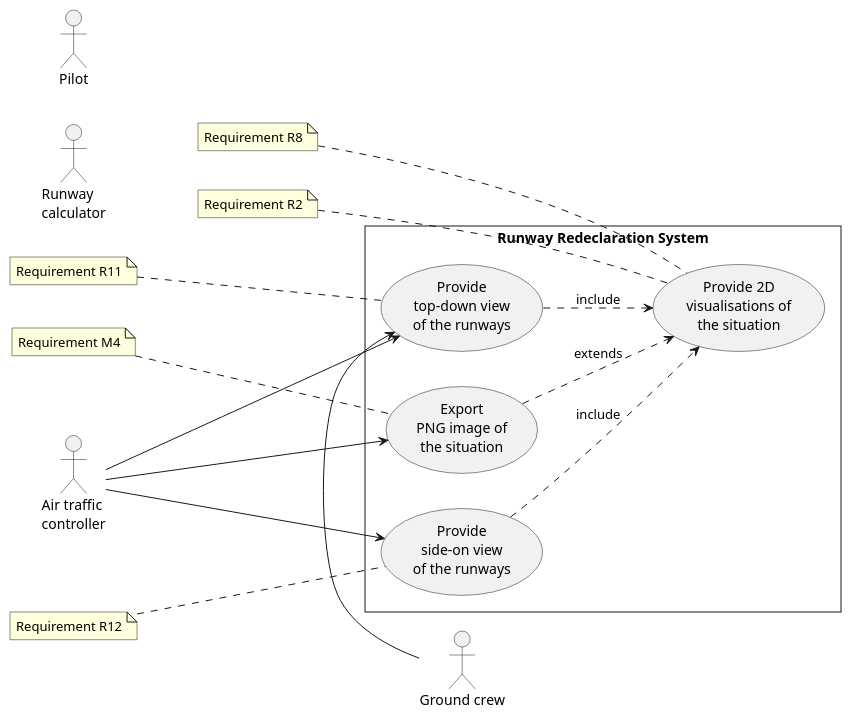
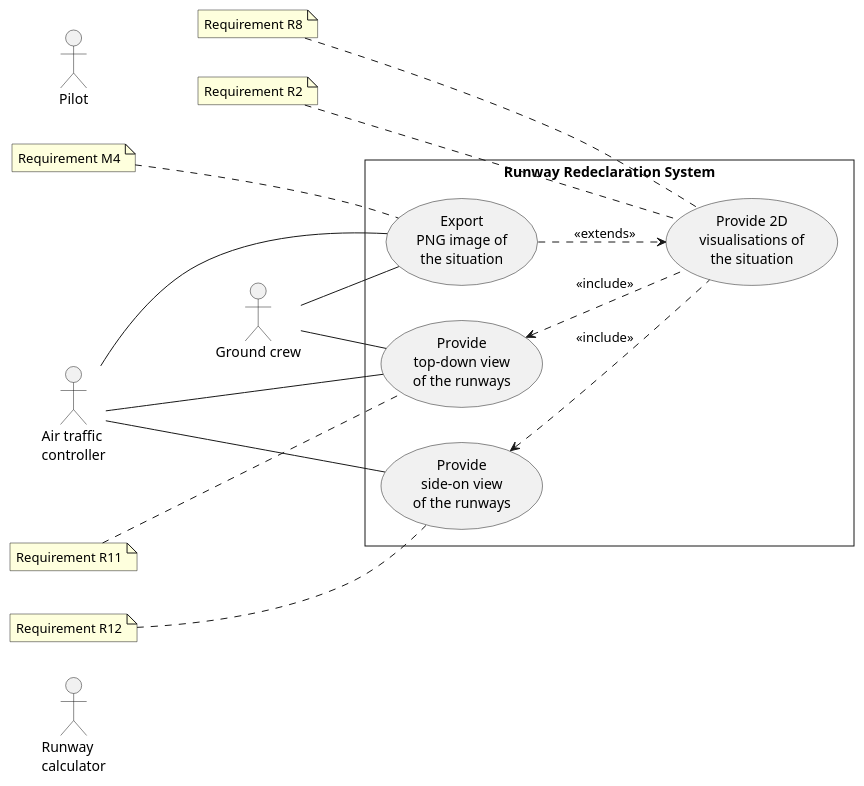
The diagram in src/main/resources/UML/incr-2-usecase.puml (SEGP-G33/runway-redeclaration), drawn with PlantUML before and after one commit. The commit also changed 3 other files, not shown here.

Commit message:
docs: add plantuml script for incr-3 use case diagram

```diff
--- a/src/main/resources/UML/incr-2-usecase.puml
+++ b/src/main/resources/UML/incr-2-usecase.puml
@@ -1,51 +1,52 @@
 @startuml
 
 skinparam style strictuml
 left to right direction
 
 ' ACTORS
 actor "Runway\ncalculator" as rc
 actor "Air traffic\ncontroller" as atc
 actor "Ground crew" as gc
 actor "Pilot" as p 
 
 ' REQUIREMENTS
 note "Requirement R2" as R2
 note "Requirement R8" as R8
 note "Requirement R11" as R11
 note "Requirement R12" as R12
 ' note "Requirement M2" as M2
 note "Requirement M4" as M4
 ' note "Requirement M6" as M6
 
 rectangle "Runway Redeclaration System" {
 
   ' USE CASES
   usecase "Provide\nside-on view\nof the runways" as sideviz_provide
   usecase "Provide\ntop-down view\nof the runways" as topdownviz_provide
   usecase "Provide 2D\nvisualisations of\nthe situation" as viz_provide
   usecase "Export\nPNG image of\nthe situation" as png_export
 }
 
 ' RELATIONSHIPS
-gc -> topdownviz_provide
-atc -> topdownviz_provide
-atc ---> sideviz_provide
+gc -- topdownviz_provide
+gc -- png_export
+atc -- topdownviz_provide
+atc --- sideviz_provide
+atc -- png_export
 
-topdownviz_provide ..> viz_provide : include
-sideviz_provide ..> viz_provide : include
+topdownviz_provide <.. viz_provide : <<include>>
+sideviz_provide <.. viz_provide : <<include>>
 
-png_export ..> viz_provide : extends
+png_export ..> viz_provide : <<extends>>
 
-atc -> png_export
 
 
 
 R2 .down.. viz_provide
 R8 .down.. viz_provide
 R11 .down.. topdownviz_provide
 R12 .down.. sideviz_provide
 M4 .down.. png_export
 
 
 @enduml
```
